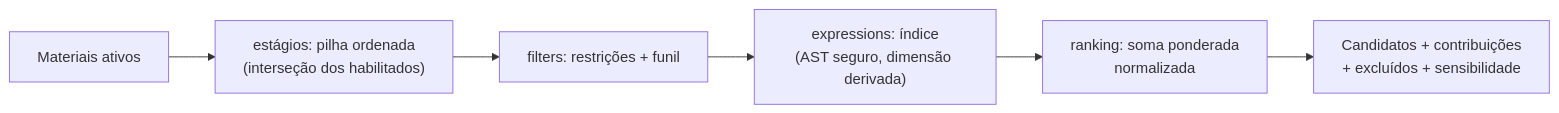
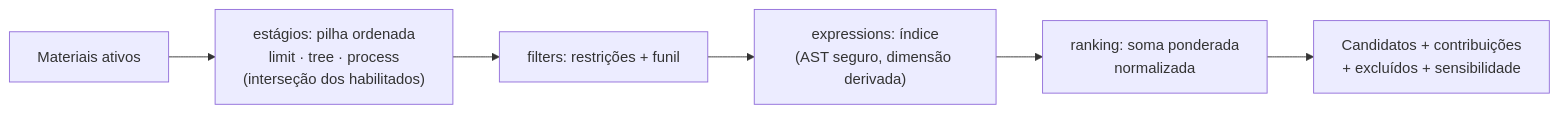
The fourth of 8 diagrams in docs/ARCHITECTURE.md (Streeft/MaterialSelect-AI), drawn with Mermaid before and after one commit. The commit also changed other lines of this file and 7 other files, not shown here.

````diff
--- a/docs/ARCHITECTURE.md
+++ b/docs/ARCHITECTURE.md
@@ -215,8 +215,8 @@
 ```mermaid
 flowchart LR
-  A["Materiais ativos"] --> S["estágios: pilha ordenada<br/>(interseção dos habilitados)"]
+  A["Materiais ativos"] --> S["estágios: pilha ordenada<br/>limit · tree · process<br/>(interseção dos habilitados)"]
   S --> B["filters: restrições + funil"]
   B --> C["expressions: índice<br/>(AST seguro, dimensão derivada)"]
   C --> D["ranking: soma ponderada<br/>normalizada"]
   D --> E["Candidatos + contribuições<br/>+ excluídos + sensibilidade"]
 ```
````
